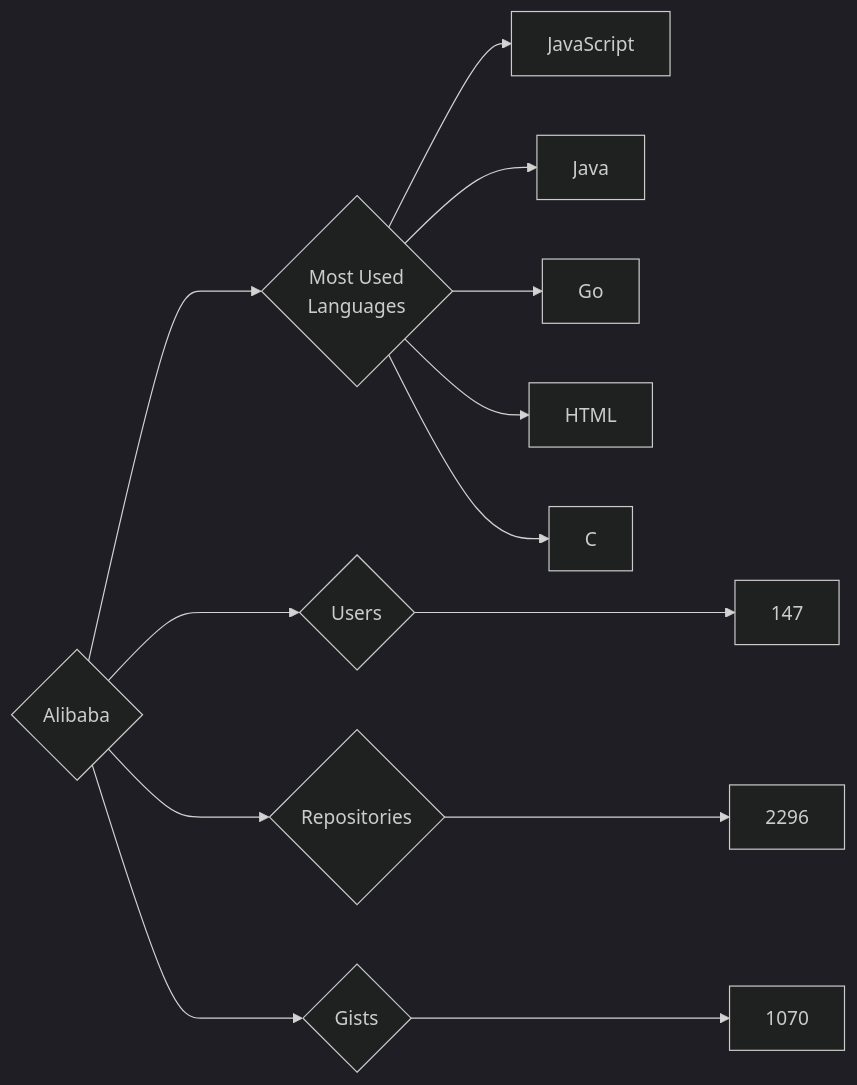
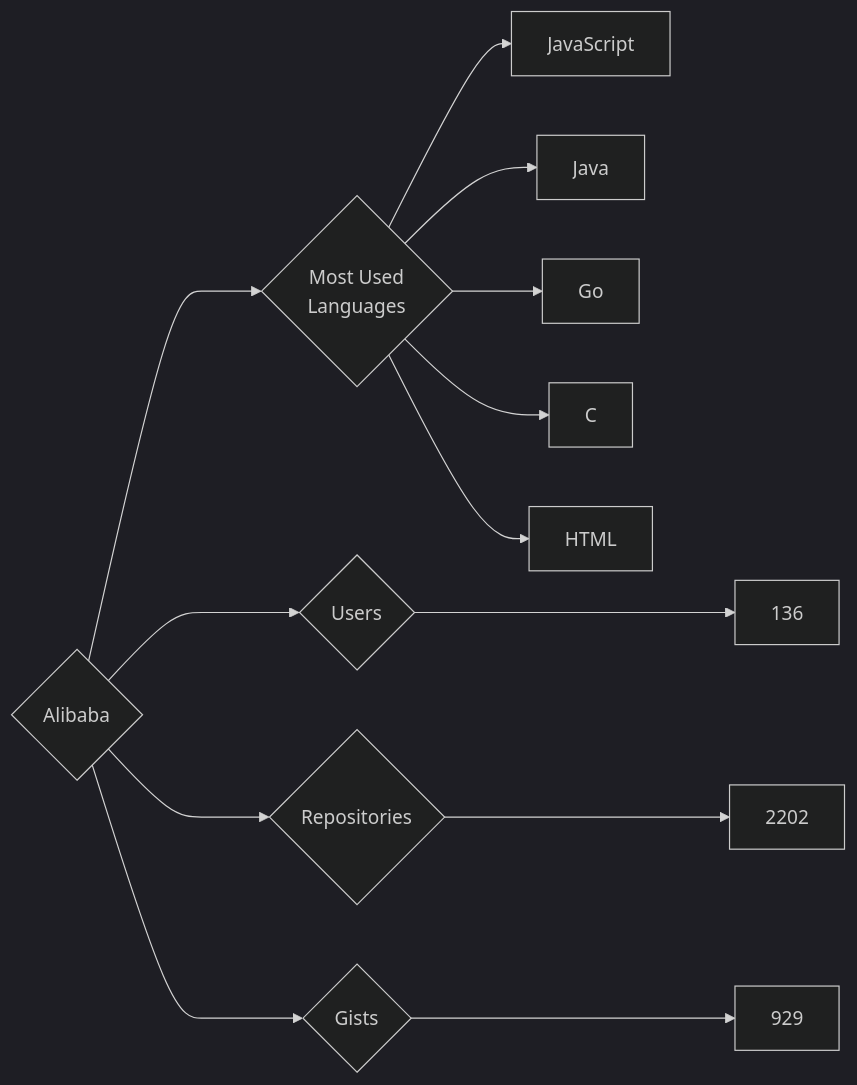
The diagram in targets/Alibaba/README.md (trickest/insiders), drawn with Mermaid (dark theme) before and after one commit. The commit also changed 838 other files, not shown here.

````diff
--- a/targets/Alibaba/README.md
+++ b/targets/Alibaba/README.md
@@ -3,13 +3,13 @@
 ```mermaid
 graph LR
 COMPANY_NAME{Alibaba}
-COMPANY_NAME ---> U{Users} ---> UN[147]
-COMPANY_NAME ---> R{Repositories} ---> RN[2296]
-COMPANY_NAME ---> G{Gists} ---> GN[1070]
+COMPANY_NAME ---> U{Users} ---> UN[136]
+COMPANY_NAME ---> R{Repositories} ---> RN[2202]
+COMPANY_NAME ---> G{Gists} ---> GN[929]
 COMPANY_NAME ---> ML{Most Used<br>Languages}
 ML --> JavaScript[JavaScript]
 ML --> Java[Java]
 ML --> Go[Go]
+ML --> C[C]
 ML --> HTML[HTML]
-ML --> C[C]
 ```
````
